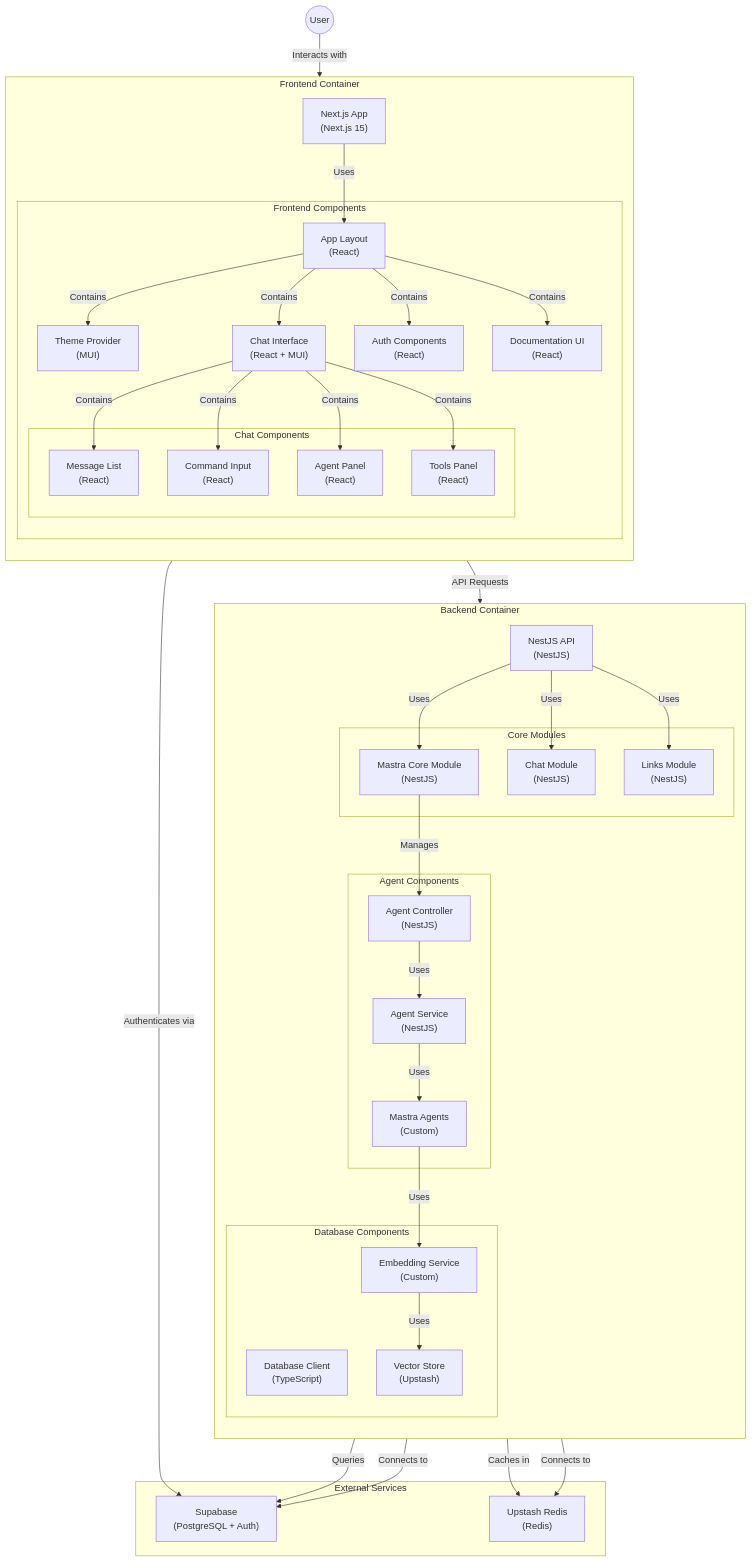
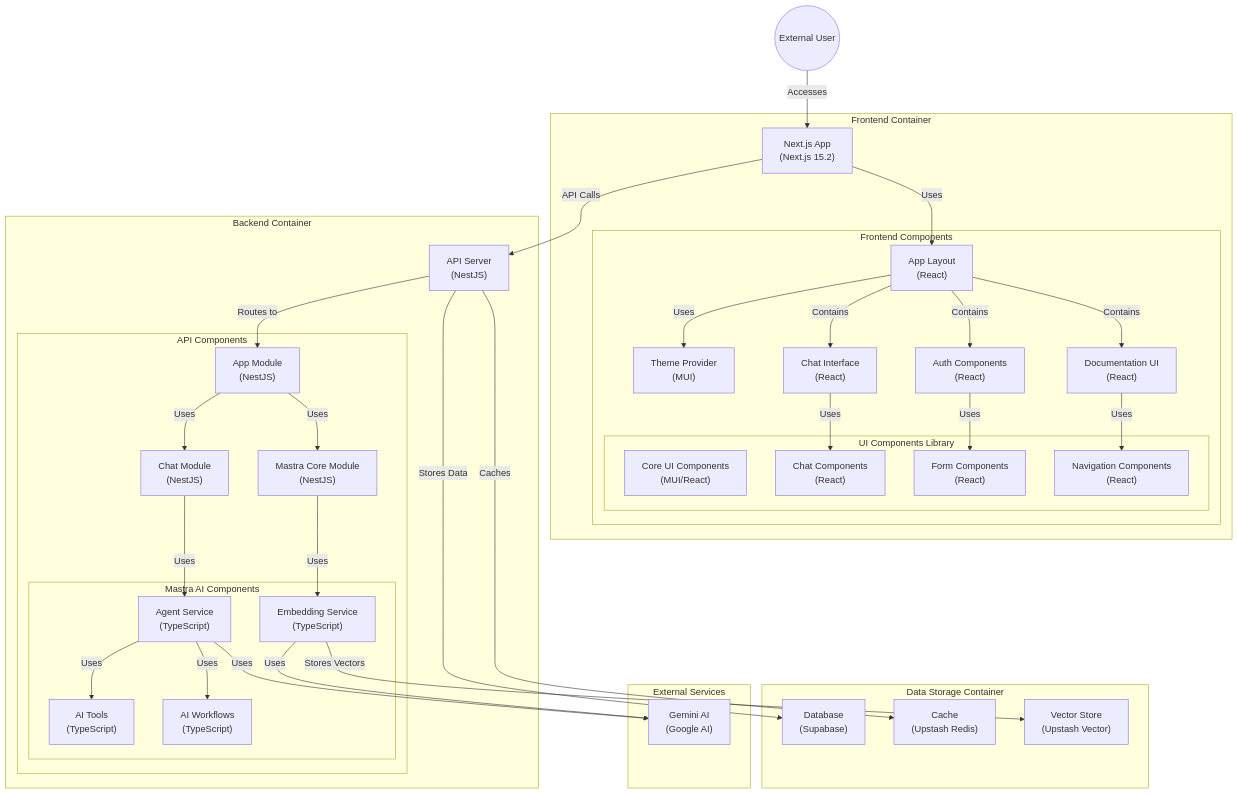
One commit to ssdeanx/AcidBomb changed the second of 2 diagrams in README.md. Above: the diagram before and after it, drawn with Mermaid. The commit also changed 10 other files, not shown here.

First line of the commit message:
feat(api): implement agent service and workflows for RAG capabilities

````diff
--- a/README.md
+++ b/README.md
@@ -408,86 +408,80 @@
 ```mermaid
 graph TB
-    User((User))
+    User((External User))
 
     subgraph "Frontend Container"
-        direction TB
-        NextApp["Next.js App<br>(Next.js 15)"]
+        NextApp["Next.js App<br>(Next.js 15.2)"]
 
         subgraph "Frontend Components"
             AppLayout["App Layout<br>(React)"]
             ThemeProvider["Theme Provider<br>(MUI)"]
-            ChatInterface["Chat Interface<br>(React + MUI)"]
             AuthComponents["Auth Components<br>(React)"]
+            ChatInterface["Chat Interface<br>(React)"]
             DocumentationUI["Documentation UI<br>(React)"]
 
-            subgraph "Chat Components"
-                ChatMessageList["Message List<br>(React)"]
-                ChatInput["Command Input<br>(React)"]
-                ChatAgentPanel["Agent Panel<br>(React)"]
-                ChatToolsPanel["Tools Panel<br>(React)"]
+            subgraph "UI Components Library"
+                UICore["Core UI Components<br>(MUI/React)"]
+                ChatComponents["Chat Components<br>(React)"]
+                Forms["Form Components<br>(React)"]
+                Navigation["Navigation Components<br>(React)"]
             end
         end
     end
 
     subgraph "Backend Container"
-        direction TB
-        NestApp["NestJS API<br>(NestJS)"]
+        NestApp["API Server<br>(NestJS)"]
 
-        subgraph "Core Modules"
-            MastraCoreModule["Mastra Core Module<br>(NestJS)"]
+        subgraph "API Components"
+            AppModule["App Module<br>(NestJS)"]
             ChatModule["Chat Module<br>(NestJS)"]
-            LinksModule["Links Module<br>(NestJS)"]
-        end
+            MastraCore["Mastra Core Module<br>(NestJS)"]
 
-        subgraph "Agent Components"
-            AgentController["Agent Controller<br>(NestJS)"]
-            AgentService["Agent Service<br>(NestJS)"]
-            MastraAgents["Mastra Agents<br>(Custom)"]
-        end
-
-        subgraph "Database Components"
-            DatabaseClient["Database Client<br>(TypeScript)"]
-            VectorStore["Vector Store<br>(Upstash)"]
-            EmbeddingService["Embedding Service<br>(Custom)"]
+            subgraph "Mastra AI Components"
+                AgentService["Agent Service<br>(TypeScript)"]
+                EmbeddingService["Embedding Service<br>(TypeScript)"]
+                Tools["AI Tools<br>(TypeScript)"]
+                Workflows["AI Workflows<br>(TypeScript)"]
+            end
         end
     end
 
+    subgraph "Data Storage Container"
+        Supabase["Database<br>(Supabase)"]
+        Redis["Cache<br>(Upstash Redis)"]
+        VectorStore["Vector Store<br>(Upstash Vector)"]
+    end
+
     subgraph "External Services"
-        Supabase["Supabase<br>(PostgreSQL + Auth)"]
-        UpstashRedis["Upstash Redis<br>(Redis)"]
+        GeminiAI["Gemini AI<br>(Google AI)"]
     end
 
     %% Frontend Relationships
-    User -->|"Interacts with"| NextApp
+    User -->|"Accesses"| NextApp
     NextApp -->|"Uses"| AppLayout
-    AppLayout -->|"Contains"| ThemeProvider
+    AppLayout -->|"Uses"| ThemeProvider
+    AppLayout -->|"Contains"| AuthComponents
     AppLayout -->|"Contains"| ChatInterface
-    AppLayout -->|"Contains"| AuthComponents
     AppLayout -->|"Contains"| DocumentationUI
-
-    ChatInterface -->|"Contains"| ChatMessageList
-    ChatInterface -->|"Contains"| ChatInput
-    ChatInterface -->|"Contains"| ChatAgentPanel
-    ChatInterface -->|"Contains"| ChatToolsPanel
+    ChatInterface -->|"Uses"| ChatComponents
+    AuthComponents -->|"Uses"| Forms
+    DocumentationUI -->|"Uses"| Navigation
 
     %% Backend Relationships
-    NextApp -->|"API Requests"| NestApp
-    NestApp -->|"Uses"| MastraCoreModule
-    NestApp -->|"Uses"| ChatModule
-    NestApp -->|"Uses"| LinksModule
+    NextApp -->|"API Calls"| NestApp
+    NestApp -->|"Routes to"| AppModule
+    AppModule -->|"Uses"| ChatModule
+    AppModule -->|"Uses"| MastraCore
+    ChatModule -->|"Uses"| AgentService
+    MastraCore -->|"Uses"| EmbeddingService
+    AgentService -->|"Uses"| Tools
+    AgentService -->|"Uses"| Workflows
 
-    MastraCoreModule -->|"Manages"| AgentController
-    AgentController -->|"Uses"| AgentService
-    AgentService -->|"Uses"| MastraAgents
-
-    %% Database Relationships
-    DatabaseClient -->|"Connects to"| Supabase
-    VectorStore -->|"Connects to"| UpstashRedis
-    MastraAgents -->|"Uses"| EmbeddingService
-    EmbeddingService -->|"Uses"| VectorStore
+    %% Data Storage Relationships
+    NestApp -->|"Stores Data"| Supabase
+    NestApp -->|"Caches"| Redis
+    EmbeddingService -->|"Stores Vectors"| VectorStore
 
     %% External Service Relationships
-    AuthComponents -->|"Authenticates via"| Supabase
-    DatabaseClient -->|"Queries"| Supabase
-    VectorStore -->|"Caches in"| UpstashRedis
+    AgentService -->|"Uses"| GeminiAI
+    EmbeddingService -->|"Uses"| GeminiAI
 ```
````
